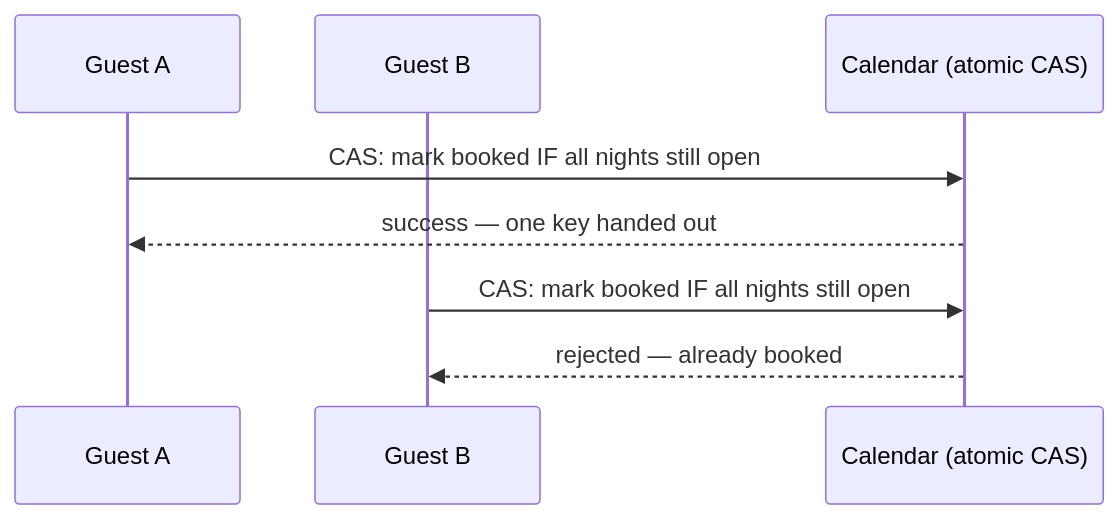
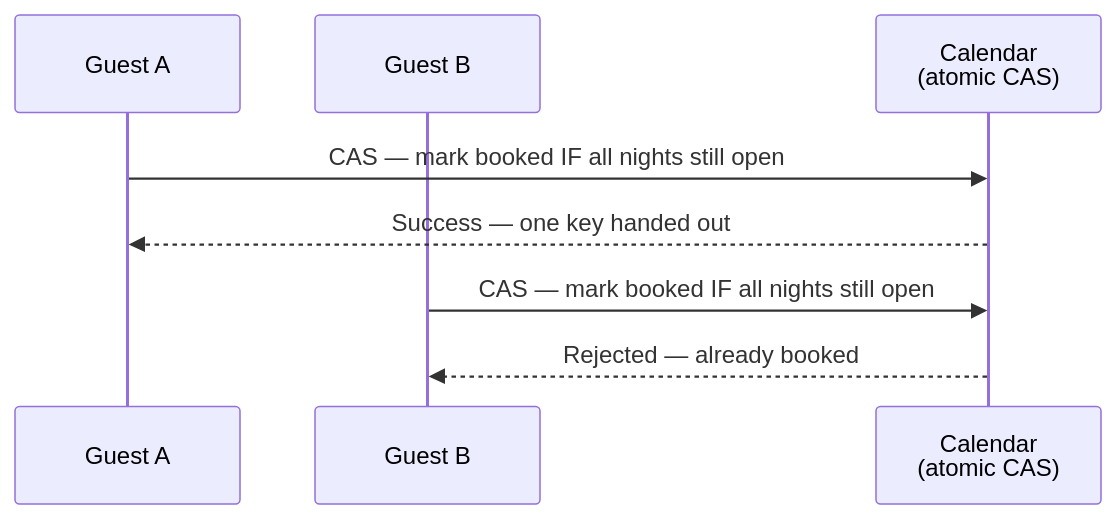
One commit to riyaz-pasha/Learnings changed the sixth of 16 diagrams in system-design/HLD/0-course/52-Design-Airbnb-Search-Ranking-FAANG-Guide-story.md. Above: the diagram before and after it, drawn with Mermaid. The commit also changed other lines of this file and 1 other file, not shown here.

Commit message:
[REWRITE] Airbnb Search Ranking story guide: simplify prose, add structure, fix diagrams

````diff
--- a/system-design/HLD/0-course/52-Design-Airbnb-Search-Ranking-FAANG-Guide-story.md
+++ b/system-design/HLD/0-course/52-Design-Airbnb-Search-Ranking-FAANG-Guide-story.md
@@ -108,10 +246,10 @@
 ```mermaid
 sequenceDiagram
     participant A as Guest A
     participant B as Guest B
-    participant Cal as Calendar (atomic CAS)
-    A->>Cal: CAS: mark booked IF all nights still open
-    Cal-->>A: success — one key handed out
-    B->>Cal: CAS: mark booked IF all nights still open
-    Cal-->>B: rejected — already booked
+    participant Cal as Calendar<br/>(atomic CAS)
+    A->>Cal: CAS — mark booked IF all nights still open
+    Cal-->>A: Success — one key handed out
+    B->>Cal: CAS — mark booked IF all nights still open
+    Cal-->>B: Rejected — already booked
 ```
````
